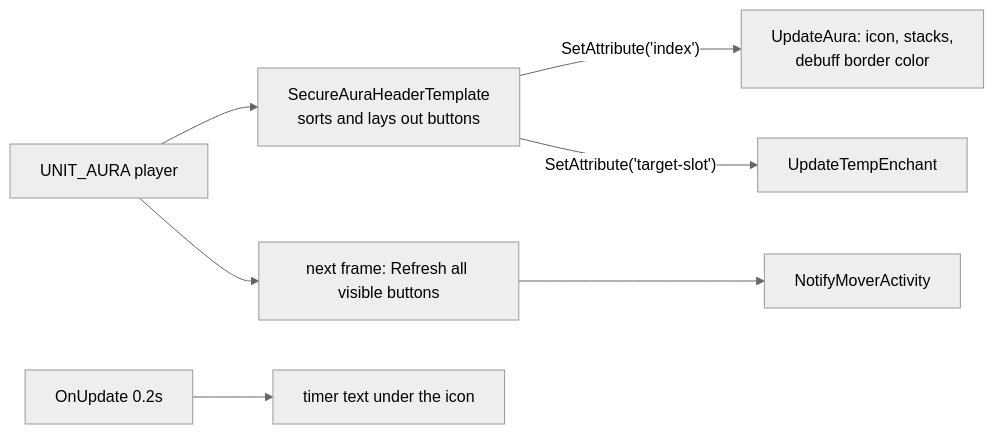
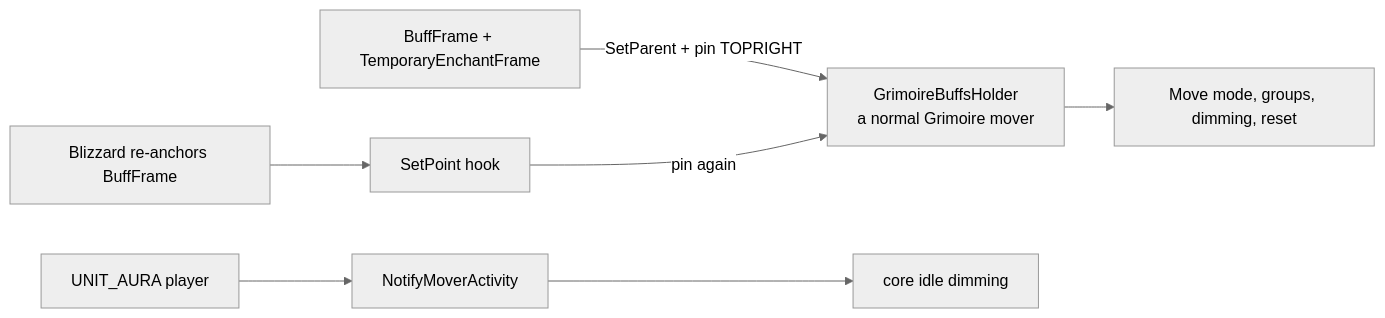
The second of 2 diagrams in docs/features/auras/README.md (PhillypHenning/grimoire), drawn with Mermaid (neutral theme) before and after one commit. The commit also changed other lines of this file and 14 other files, not shown here.

First line of the commit message:
Auras: move Blizzard's buff frame; add Grimoire_Tweaks (graphics CVars)

````diff
--- a/docs/features/auras/README.md
+++ b/docs/features/auras/README.md
@@ -21,8 +21,7 @@
 ```mermaid
 flowchart LR
-    UA[UNIT_AURA player] --> SH[SecureAuraHeaderTemplate<br/>sorts and lays out buttons]
-    SH -- "SetAttribute('index')" --> UB[UpdateAura: icon, stacks,<br/>debuff border color]
-    SH -- "SetAttribute('target-slot')" --> UT[UpdateTempEnchant]
-    UA --> R[next frame: Refresh all visible buttons] --> N[NotifyMoverActivity]
-    T[OnUpdate 0.2s] --> TM[timer text under the icon]
+    B[BuffFrame + TemporaryEnchantFrame] -- SetParent + pin TOPRIGHT --> H[GrimoireBuffsHolder<br/>a normal Grimoire mover]
+    H --> M[Move mode, groups, dimming, reset]
+    Blz[Blizzard re-anchors BuffFrame] --> Hook[SetPoint hook] -- pin again --> H
+    UA[UNIT_AURA player] --> N[NotifyMoverActivity] --> Dim[core idle dimming]
 ```
````
